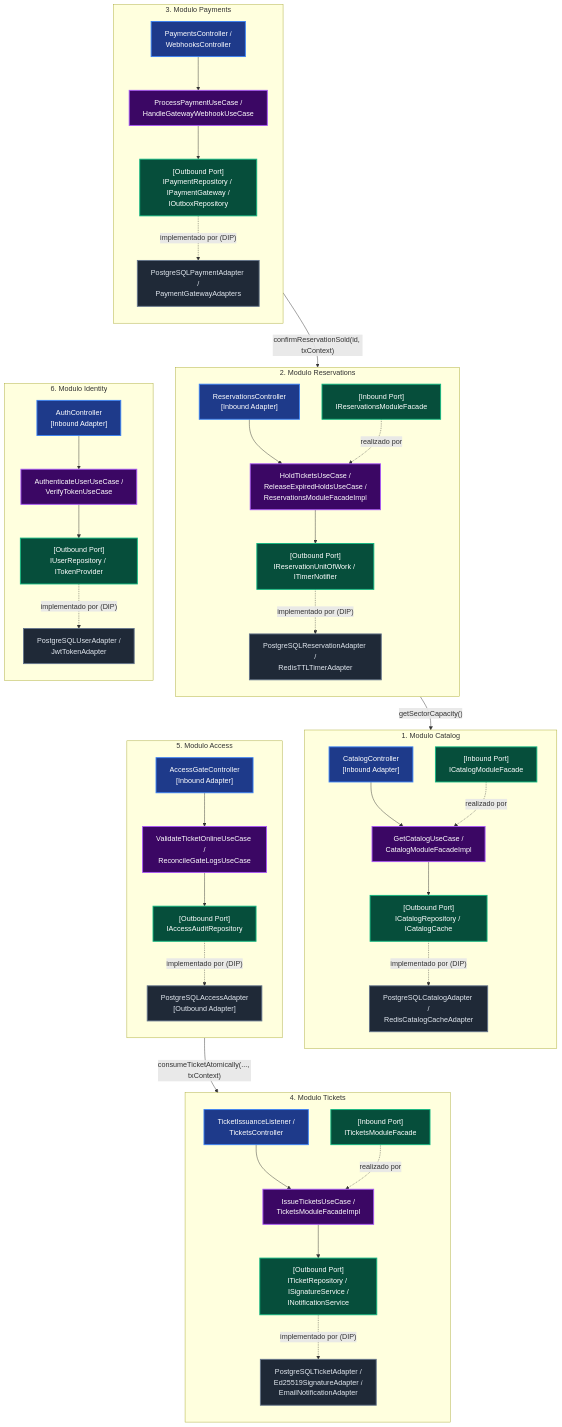
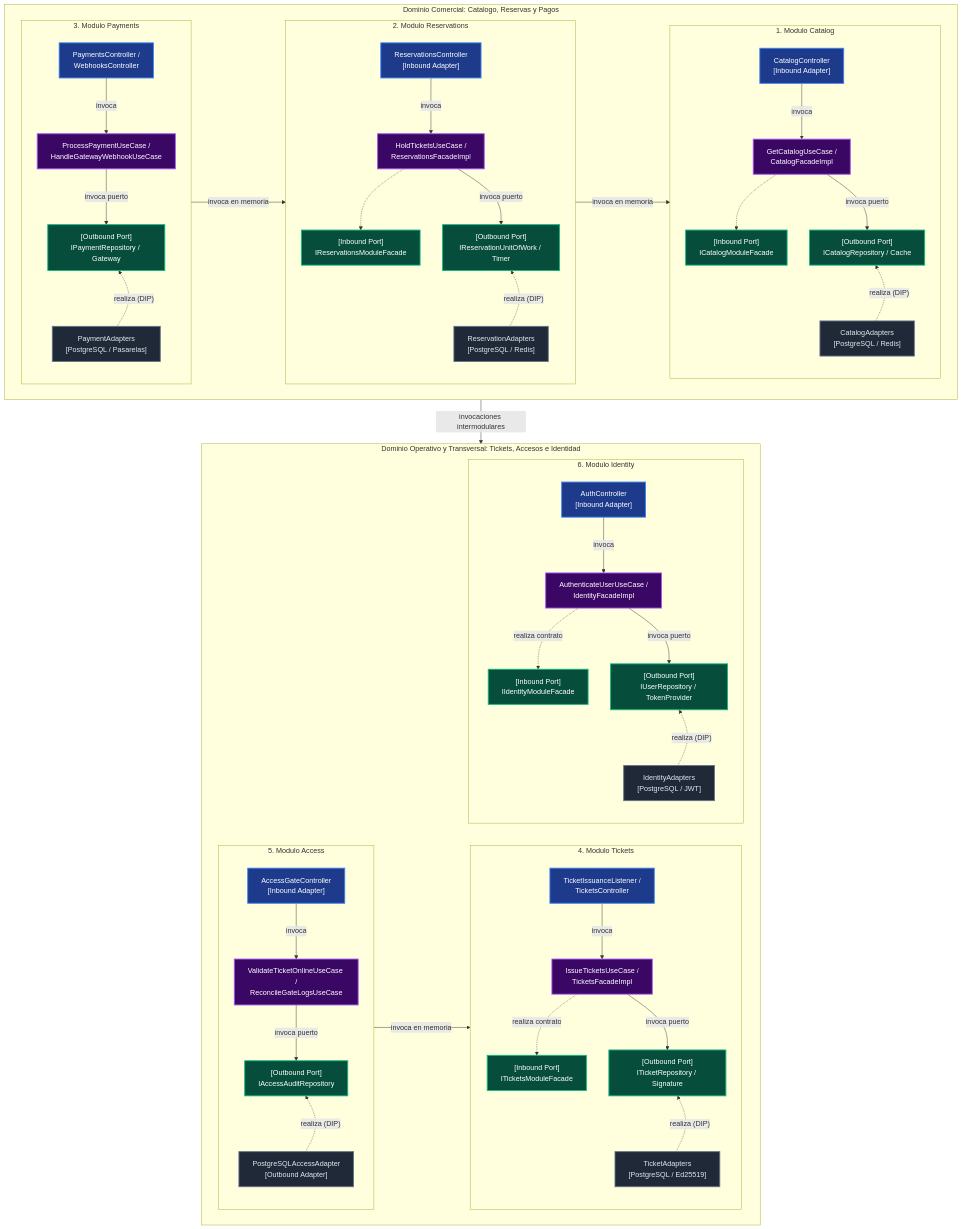
One commit to CARDBELL96/AFORO changed the second of 2 diagrams in docs/04-modelo-c4/Nivel3-Diagrama-de-Componentes.md. Above: the diagram before and after it, drawn with Mermaid. The commit also changed other lines of this file and 7 other files, not shown here.

Commit message:
docs: refinar diagramas C4 y registrar criterios académicos

````diff
--- a/docs/04-modelo-c4/Nivel3-Diagrama-de-Componentes.md
+++ b/docs/04-modelo-c4/Nivel3-Diagrama-de-Componentes.md
@@ -117,92 +133,106 @@
 ```mermaid
 flowchart TB
-    subgraph MOD_CAT["1. Modulo Catalog"]
-        direction TB
-        CTRL_CAT["CatalogController<br>[Inbound Adapter]"]
-        FAC_CAT["[Inbound Port]<br>ICatalogModuleFacade"]
-        UC_CAT["GetCatalogUseCase /<br>CatalogModuleFacadeImpl"]
-        PORT_CAT_OUT["[Outbound Port]<br>ICatalogRepository / ICatalogCache"]
-        ADAPT_CAT["PostgreSQLCatalogAdapter /<br>RedisCatalogCacheAdapter"]
+    subgraph ROW_COMERCIAL["Dominio Comercial: Catalogo, Reservas y Pagos"]
+        direction LR
 
-        CTRL_CAT --> UC_CAT
-        FAC_CAT -.->|"realizado por"| UC_CAT
-        UC_CAT --> PORT_CAT_OUT
-        PORT_CAT_OUT -.->|"implementado por (DIP)"| ADAPT_CAT
+        subgraph MOD_CAT["1. Modulo Catalog"]
+            direction TB
+            CTRL_CAT["CatalogController<br>[Inbound Adapter]"]
+            FAC_CAT["[Inbound Port]<br>ICatalogModuleFacade"]
+            UC_CAT["GetCatalogUseCase /<br>CatalogFacadeImpl"]
+            PORT_CAT["[Outbound Port]<br>ICatalogRepository / Cache"]
+            ADAPT_CAT["CatalogAdapters<br>[PostgreSQL / Redis]"]
+
+            CTRL_CAT -->|"invoca"| UC_CAT
+            UC_CAT -.-> FAC_CAT
+            UC_CAT -->|"invoca puerto"| PORT_CAT
+            PORT_CAT ~~~ ADAPT_CAT
+            ADAPT_CAT -.->|"realiza (DIP)"| PORT_CAT
+        end
+
+        subgraph MOD_RES["2. Modulo Reservations"]
+            direction TB
+            CTRL_RES["ReservationsController<br>[Inbound Adapter]"]
+            FAC_RES["[Inbound Port]<br>IReservationsModuleFacade"]
+            UC_RES["HoldTicketsUseCase /<br>ReservationsFacadeImpl"]
+            PORT_RES["[Outbound Port]<br>IReservationUnitOfWork / Timer"]
+            ADAPT_RES["ReservationAdapters<br>[PostgreSQL / Redis]"]
+
+            CTRL_RES -->|"invoca"| UC_RES
+            UC_RES -.-> FAC_RES
+            UC_RES -->|"invoca puerto"| PORT_RES
+            PORT_RES ~~~ ADAPT_RES
+            ADAPT_RES -.->|"realiza (DIP)"| PORT_RES
+        end
+
+        subgraph MOD_PAY["3. Modulo Payments"]
+            direction TB
+            CTRL_PAY["PaymentsController /<br>WebhooksController"]
+            UC_PAY["ProcessPaymentUseCase /<br>HandleGatewayWebhookUseCase"]
+            PORT_PAY["[Outbound Port]<br>IPaymentRepository / Gateway"]
+            ADAPT_PAY["PaymentAdapters<br>[PostgreSQL / Pasarelas]"]
+
+            CTRL_PAY -->|"invoca"| UC_PAY
+            UC_PAY -->|"invoca puerto"| PORT_PAY
+            PORT_PAY ~~~ ADAPT_PAY
+            ADAPT_PAY -.->|"realiza (DIP)"| PORT_PAY
+        end
     end
 
-    subgraph MOD_RES["2. Modulo Reservations"]
-        direction TB
-        CTRL_RES["ReservationsController<br>[Inbound Adapter]"]
-        FAC_RES["[Inbound Port]<br>IReservationsModuleFacade"]
-        UC_RES["HoldTicketsUseCase /<br>ReleaseExpiredHoldsUseCase /<br>ReservationsModuleFacadeImpl"]
-        PORT_RES_OUT["[Outbound Port]<br>IReservationUnitOfWork / ITimerNotifier"]
-        ADAPT_RES["PostgreSQLReservationAdapter /<br>RedisTTLTimerAdapter"]
+    subgraph ROW_OPERATIVO["Dominio Operativo y Transversal: Tickets, Accesos e Identidad"]
+        direction LR
 
-        CTRL_RES --> UC_RES
-        FAC_RES -.->|"realizado por"| UC_RES
-        UC_RES --> PORT_RES_OUT
-        PORT_RES_OUT -.->|"implementado por (DIP)"| ADAPT_RES
+        subgraph MOD_TCK["4. Modulo Tickets"]
+            direction TB
+            SUB_TCK["TicketIssuanceListener /<br>TicketsController"]
+            FAC_TCK["[Inbound Port]<br>ITicketsModuleFacade"]
+            UC_TCK["IssueTicketsUseCase /<br>TicketsFacadeImpl"]
+            PORT_TCK["[Outbound Port]<br>ITicketRepository / Signature"]
+            ADAPT_TCK["TicketAdapters<br>[PostgreSQL / Ed25519]"]
+
+            SUB_TCK -->|"invoca"| UC_TCK
+            UC_TCK -.->|"realiza contrato"| FAC_TCK
+            UC_TCK -->|"invoca puerto"| PORT_TCK
+            PORT_TCK ~~~ ADAPT_TCK
+            ADAPT_TCK -.->|"realiza (DIP)"| PORT_TCK
+        end
+
+        subgraph MOD_ACC["5. Modulo Access"]
+            direction TB
+            CTRL_ACC["AccessGateController<br>[Inbound Adapter]"]
+            UC_ACC["ValidateTicketOnlineUseCase /<br>ReconcileGateLogsUseCase"]
+            PORT_ACC["[Outbound Port]<br>IAccessAuditRepository"]
+            ADAPT_ACC["PostgreSQLAccessAdapter<br>[Outbound Adapter]"]
+
+            CTRL_ACC -->|"invoca"| UC_ACC
+            UC_ACC -->|"invoca puerto"| PORT_ACC
+            PORT_ACC ~~~ ADAPT_ACC
+            ADAPT_ACC -.->|"realiza (DIP)"| PORT_ACC
+        end
+
+        subgraph MOD_IDN["6. Modulo Identity"]
+            direction TB
+            CTRL_IDN["AuthController<br>[Inbound Adapter]"]
+            FAC_IDN["[Inbound Port]<br>IIdentityModuleFacade"]
+            UC_IDN["AuthenticateUserUseCase /<br>IdentityFacadeImpl"]
+            PORT_IDN["[Outbound Port]<br>IUserRepository / TokenProvider"]
+            ADAPT_IDN["IdentityAdapters<br>[PostgreSQL / JWT]"]
+
+            CTRL_IDN -->|"invoca"| UC_IDN
+            UC_IDN -.->|"realiza contrato"| FAC_IDN
+            UC_IDN -->|"invoca puerto"| PORT_IDN
+            PORT_IDN ~~~ ADAPT_IDN
+            ADAPT_IDN -.->|"realiza (DIP)"| PORT_IDN
+        end
     end
 
-    subgraph MOD_PAY["3. Modulo Payments"]
-        direction TB
-        CTRL_PAY["PaymentsController /<br>WebhooksController"]
-        UC_PAY["ProcessPaymentUseCase /<br>HandleGatewayWebhookUseCase"]
-        PORT_PAY_OUT["[Outbound Port]<br>IPaymentRepository / IPaymentGateway /<br>IOutboxRepository"]
-        ADAPT_PAY["PostgreSQLPaymentAdapter /<br>PaymentGatewayAdapters"]
+    %% Disposicion en dos niveles estables
+    ROW_COMERCIAL -->|"invocaciones intermodulares"| ROW_OPERATIVO
 
-        CTRL_PAY --> UC_PAY
-        UC_PAY --> PORT_PAY_OUT
-        PORT_PAY_OUT -.->|"implementado por (DIP)"| ADAPT_PAY
-    end
-
-    subgraph MOD_TCK["4. Modulo Tickets"]
-        direction TB
-        SUB_TCK["TicketIssuanceListener /<br>TicketsController"]
-        FAC_TCK["[Inbound Port]<br>ITicketsModuleFacade"]
-        UC_TCK["IssueTicketsUseCase /<br>TicketsModuleFacadeImpl"]
-        PORT_TCK_OUT["[Outbound Port]<br>ITicketRepository / ISignatureService /<br>INotificationService"]
-        ADAPT_TCK["PostgreSQLTicketAdapter /<br>Ed25519SignatureAdapter /<br>EmailNotificationAdapter"]
-
-        SUB_TCK --> UC_TCK
-        FAC_TCK -.->|"realizado por"| UC_TCK
-        UC_TCK --> PORT_TCK_OUT
-        PORT_TCK_OUT -.->|"implementado por (DIP)"| ADAPT_TCK
-    end
-
-    subgraph MOD_ACC["5. Modulo Access"]
-        direction TB
-        CTRL_ACC["AccessGateController<br>[Inbound Adapter]"]
-        UC_ACC["ValidateTicketOnlineUseCase /<br>ReconcileGateLogsUseCase"]
-        PORT_ACC_OUT["[Outbound Port]<br>IAccessAuditRepository"]
-        ADAPT_ACC["PostgreSQLAccessAdapter<br>[Outbound Adapter]"]
-
-        CTRL_ACC --> UC_ACC
-        UC_ACC --> PORT_ACC_OUT
-        PORT_ACC_OUT -.->|"implementado por (DIP)"| ADAPT_ACC
-    end
-
-    subgraph MOD_IDN["6. Modulo Identity"]
-        direction TB
-        CTRL_IDN["AuthController<br>[Inbound Adapter]"]
-        UC_IDN["AuthenticateUserUseCase /<br>VerifyTokenUseCase"]
-        PORT_IDN_OUT["[Outbound Port]<br>IUserRepository / ITokenProvider"]
-        ADAPT_IDN["PostgreSQLUserAdapter /<br>JwtTokenAdapter"]
-
-        CTRL_IDN --> UC_IDN
-        UC_IDN --> PORT_IDN_OUT
-        PORT_IDN_OUT -.->|"implementado por (DIP)"| ADAPT_IDN
-    end
-
-    %% Disposicion en cuadricula 3x2
-    ADAPT_CAT ~~~ SUB_TCK
-    ADAPT_RES ~~~ CTRL_ACC
-    ADAPT_PAY ~~~ CTRL_IDN
-
-    %% Invocaciones Intermodulares via Puertos Inbound (Fachadas)
-    UC_RES -->|"getSectorCapacity()"| FAC_CAT
-    UC_PAY -->|"confirmReservationSold(id, txContext)"| FAC_RES
-    UC_ACC -->|"consumeTicketAtomically(..., txContext)"| FAC_TCK
+    %% Invocaciones entre fachadas en memoria
+    UC_RES -->|"invoca en memoria"| FAC_CAT
+    UC_PAY -->|"invoca en memoria"| FAC_RES
+    UC_ACC -->|"invoca en memoria"| FAC_TCK
 
     classDef inboundAdapter fill:#1e3a8a,stroke:#3b82f6,stroke-width:2px,color:#ffffff;
     classDef appLayer fill:#3b0764,stroke:#a855f7,stroke-width:2px,color:#ffffff;
@@ -211,6 +241,6 @@
 
     class CTRL_CAT,CTRL_RES,CTRL_PAY,SUB_TCK,CTRL_ACC,CTRL_IDN inboundAdapter;
     class UC_CAT,UC_RES,UC_PAY,UC_TCK,UC_ACC,UC_IDN appLayer;
-    class FAC_CAT,FAC_RES,FAC_TCK,PORT_CAT_OUT,PORT_RES_OUT,PORT_PAY_OUT,PORT_TCK_OUT,PORT_ACC_OUT,PORT_IDN_OUT domainPort;
+    class FAC_CAT,FAC_RES,FAC_TCK,FAC_IDN,PORT_CAT,PORT_RES,PORT_PAY,PORT_TCK,PORT_ACC,PORT_IDN domainPort;
     class ADAPT_CAT,ADAPT_RES,ADAPT_PAY,ADAPT_TCK,ADAPT_ACC,ADAPT_IDN outboundAdapter;
 ```
````
